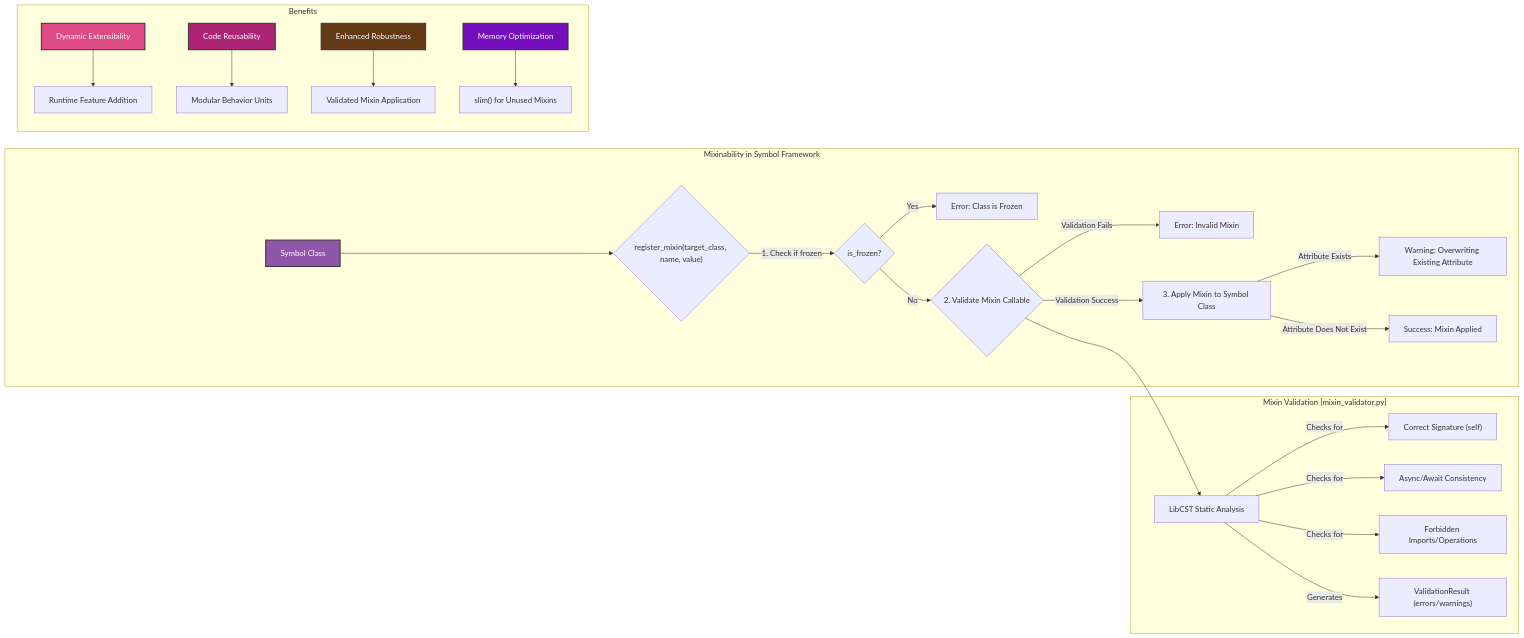
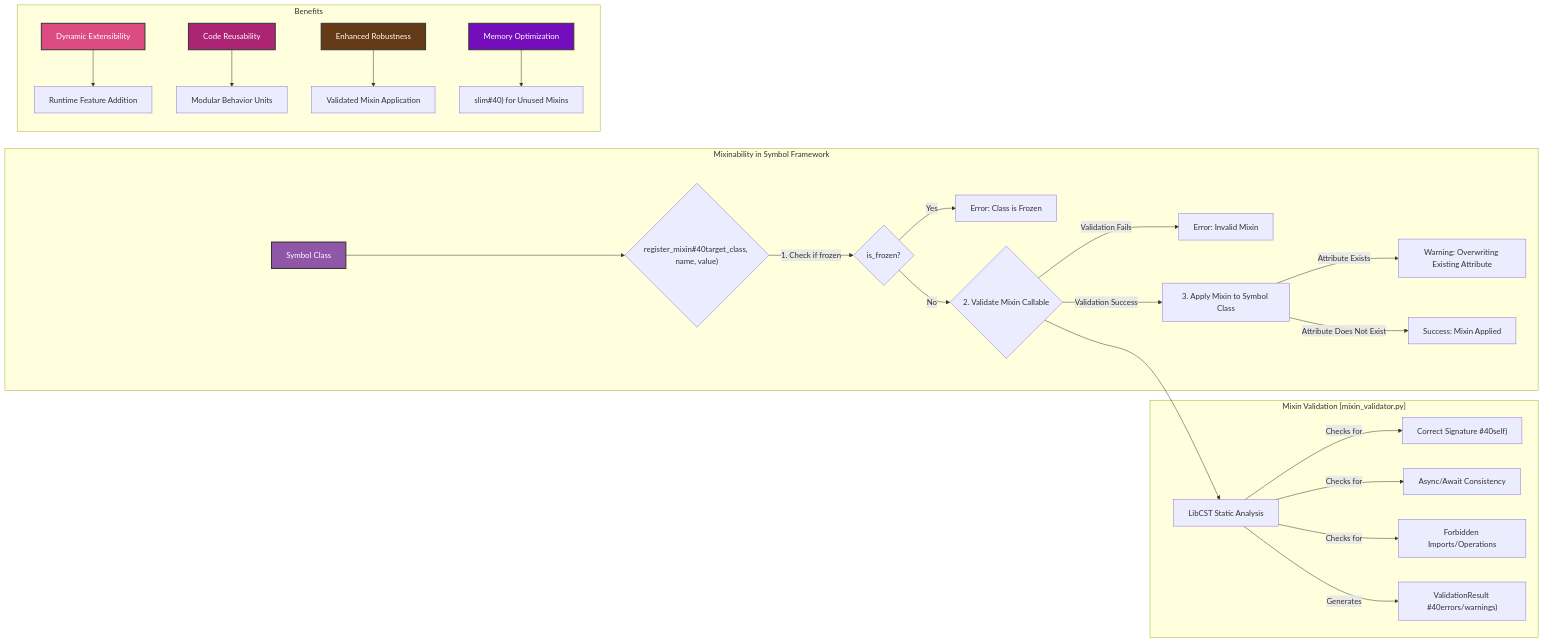
Before and after one commit to ikko/sym: the diagram in docs/readme_details/5_mixinability/mixinability_flow.mmd, drawn with Mermaid. The commit also changed 38 other files, not shown here.

Commit message:
mermaids maybe fixed

```diff
--- a/docs/readme_details/5_mixinability/mixinability_flow.mmd
+++ b/docs/readme_details/5_mixinability/mixinability_flow.mmd
@@ -1,33 +1,33 @@
 graph LR
     subgraph "Mixinability in Symbol Framework"
-        A[Symbol Class] --> B{register_mixin#40;target_class, name, value#41;};
+        A[Symbol Class] --> B{register_mixin#40target_class, name, value#41;};
         B -- "1. Check if frozen" --> C{is_frozen?};
         C -- "Yes" --> D[Error: Class is Frozen];
         C -- "No" --> E{2. Validate Mixin Callable};
         E -- "Validation Fails" --> F[Error: Invalid Mixin];
         E -- "Validation Success" --> G[3. Apply Mixin to Symbol Class];
         G -- "Attribute Exists" --> H[Warning: Overwriting Existing Attribute];
         G -- "Attribute Does Not Exist" --> I[Success: Mixin Applied];
     end
 
     subgraph "Mixin Validation [mixin_validator.py]"
         E --> J[LibCST Static Analysis];
-        J -- "Checks for" --> K[Correct Signature #40;self#41;];
+        J -- "Checks for" --> K[Correct Signature #40self#41;];
         J -- "Checks for" --> L[Async/Await Consistency];
         J -- "Checks for" --> M[Forbidden Imports/Operations];
-        J -- "Generates" --> N[ValidationResult #40;errors/warnings#41;];
+        J -- "Generates" --> N[ValidationResult #40errors/warnings#41;];
     end
 
     subgraph "Benefits"
         O[Dynamic Extensibility] --> P[Runtime Feature Addition];
         Q[Code Reusability] --> R[Modular Behavior Units];
         S[Enhanced Robustness] --> T[Validated Mixin Application];
-        U[Memory Optimization] --> V[slim#40;#41; for Unused Mixins];
+        U[Memory Optimization] --> V[slim#40#41; for Unused Mixins];
     end
     style U fill:#740dbb,stroke:#333,stroke-width:2px,color:#FFFFFF;
 
     style A fill:#9056a7,stroke:#333,stroke-width:2px,color:#FFFFFF;
     style O fill:#dc4b82,stroke:#333,stroke-width:2px,color:#FFFFFF;
     style Q fill:#ac2474,stroke:#333,stroke-width:2px,color:#FFFFFF;
     style S fill:#643915,stroke:#333,stroke-width:2px,color:#FFFFFF;
     style U fill:#740dbb,stroke:#333,stroke-width:2px,color:#FFFFFF;
```
